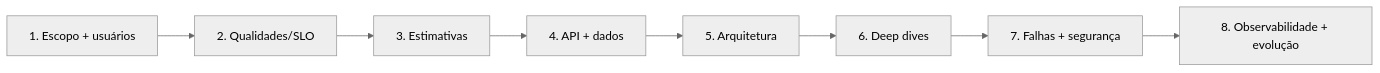
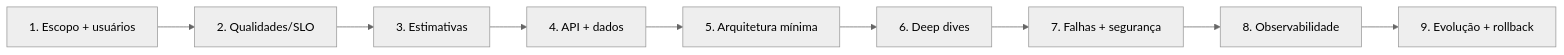
The diagram in software-engineering/system-design/README.md (blasther12/alexandria), drawn with Mermaid (neutral theme) before and after one commit. The commit also changed other lines of this file, not shown here.

````diff
--- a/software-engineering/system-design/README.md
+++ b/software-engineering/system-design/README.md
@@ -7,10 +39,11 @@
 ```mermaid
 flowchart LR
     Scope[1. Escopo + usuários] --> NFR[2. Qualidades/SLO]
     NFR --> Capacity[3. Estimativas]
     Capacity --> API[4. API + dados]
-    API --> Shape[5. Arquitetura]
+    API --> Shape[5. Arquitetura mínima]
     Shape --> Deep[6. Deep dives]
     Deep --> Failure[7. Falhas + segurança]
-    Failure --> Operate[8. Observabilidade + evolução]
+    Failure --> Operate[8. Observabilidade]
+    Operate --> Evolve[9. Evolução + rollback]
 ```
````
